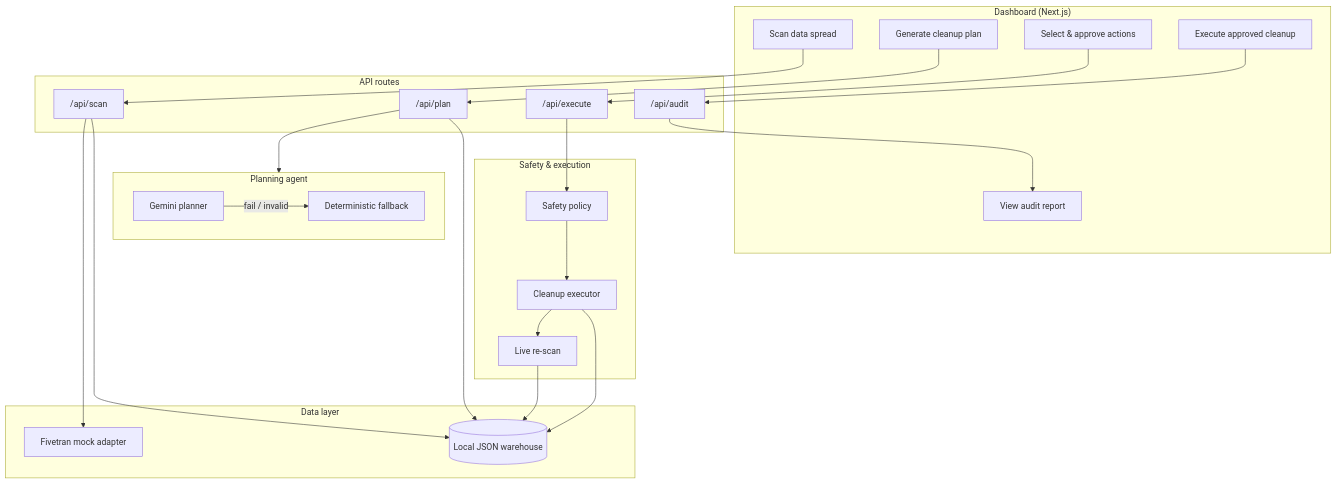
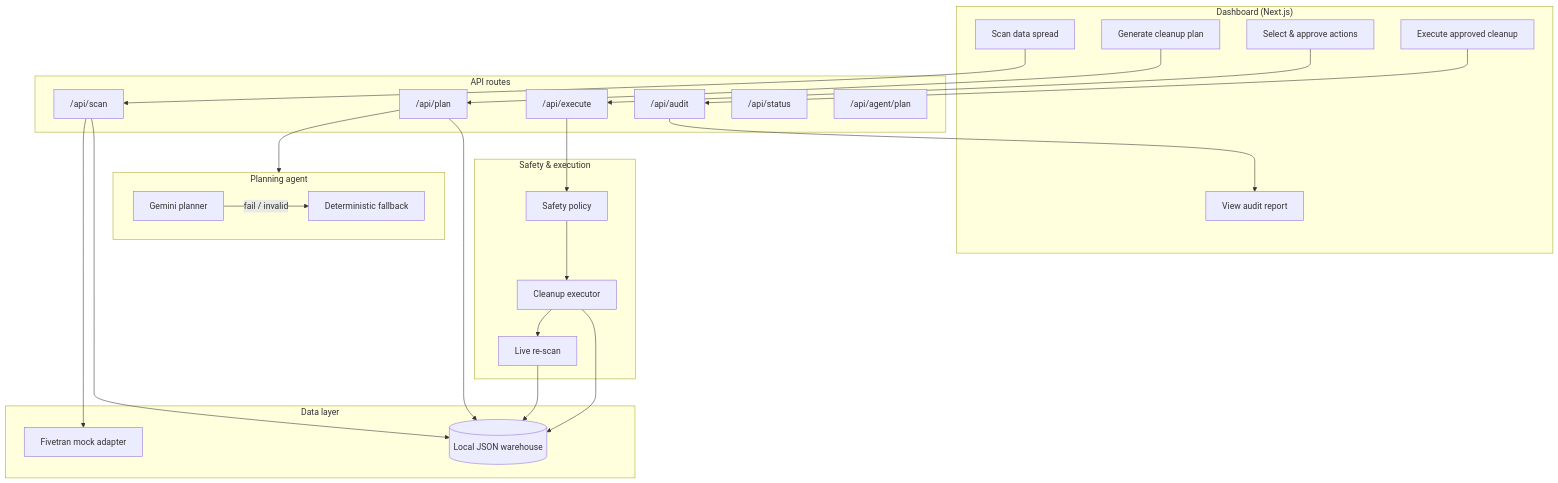
The diagram in README.md (prabhakaran-jm/consentops-agent), drawn with Mermaid before and after one commit. The commit also changed other lines of this file and 24 other files, not shown here.

First line of the commit message:
Expose Gemini planner provenance in demo plan API and UI.

````diff
--- a/README.md
+++ b/README.md
@@ -96,44 +99,46 @@
 ```mermaid
 flowchart TB
   subgraph UI["Dashboard (Next.js)"]
     Scan[Scan data spread]
     Plan[Generate cleanup plan]
     Approve[Select & approve actions]
     Execute[Execute approved cleanup]
     Audit[View audit report]
   end
 
   subgraph API["API routes"]
     RScan["/api/scan"]
     RPlan["/api/plan"]
     RExec["/api/execute"]
     RAudit["/api/audit"]
+    RStatus["/api/status"]
+    RAgent["/api/agent/plan"]
   end
 
   subgraph Agent["Planning agent"]
     Gemini[Gemini planner]
     Det[Deterministic fallback]
     Gemini -->|fail / invalid| Det
   end
 
   subgraph Data["Data layer"]
     WH[(Local JSON warehouse)]
     FT[Fivetran mock adapter]
   end
 
   subgraph Safety["Safety & execution"]
     Policy[Safety policy]
     Exec[Cleanup executor]
     Verify[Live re-scan]
   end
 
   Scan --> RScan --> WH
   RScan --> FT
   Plan --> RPlan --> Agent
   RPlan --> WH
   Approve --> RExec
   RExec --> Policy --> Exec --> WH
   Exec --> Verify --> WH
   Execute --> RAudit
   RAudit --> Audit
 ```
````
